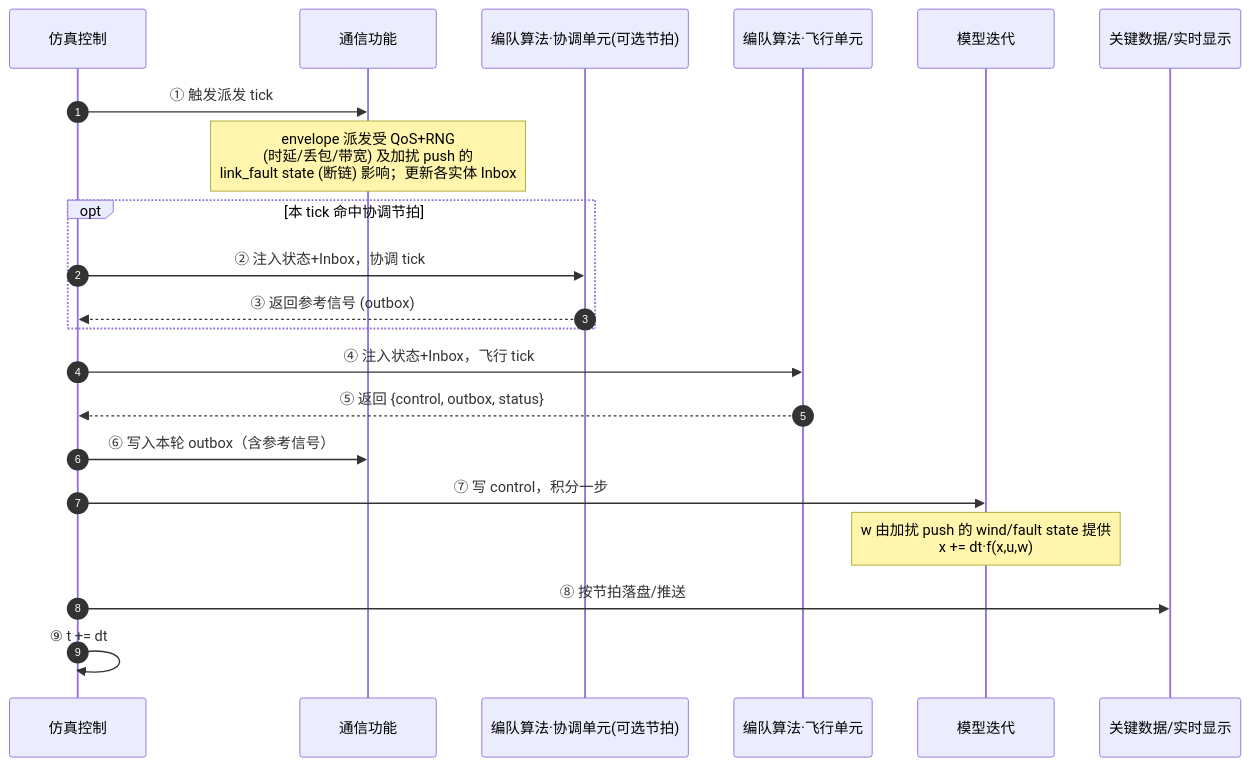
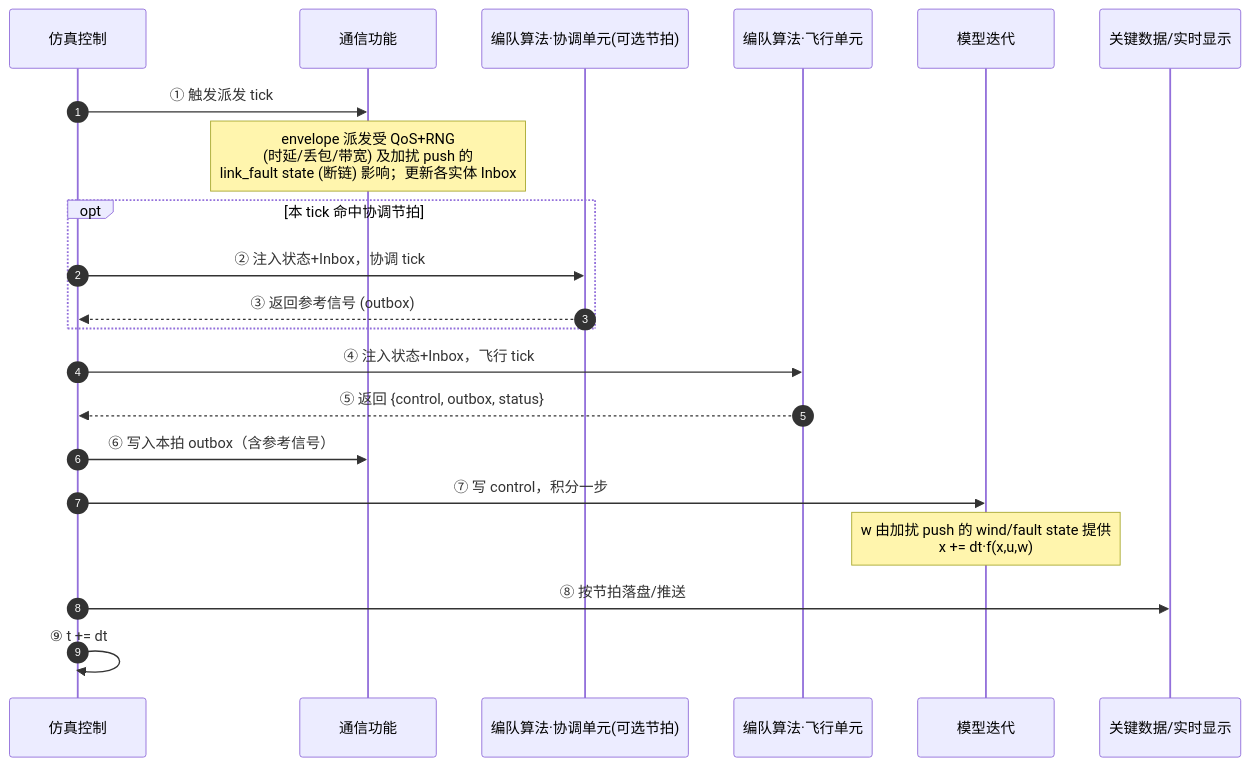
The third of 3 diagrams in docs/0-架构HLD.md (tanqingkuang/-), drawn with Mermaid before and after one commit. The commit also changed other lines of this file and 13 other files, not shown here.

````diff
--- a/docs/0-架构HLD.md
+++ b/docs/0-架构HLD.md
@@ -267,28 +268,28 @@
 ```mermaid
 sequenceDiagram
     autonumber
     participant SimCtrl as 仿真控制
     participant Comm as 通信功能
     participant Coord as 编队算法·协调单元(可选节拍)
     participant Agent as 编队算法·飞行单元
     participant Model as 模型迭代
     participant Egress as 关键数据/实时显示
 
     SimCtrl->>Comm: ① 触发派发 tick
     Note over Comm: envelope 派发受 QoS+RNG<br/>(时延/丢包/带宽) 及加扰 push 的<br/>link_fault state (断链) 影响；更新各实体 Inbox
 
     opt 本 tick 命中协调节拍
         SimCtrl->>Coord: ② 注入状态+Inbox，协调 tick
         Coord-->>SimCtrl: ③ 返回参考信号 (outbox)
     end
 
     SimCtrl->>Agent: ④ 注入状态+Inbox，飞行 tick
     Agent-->>SimCtrl: ⑤ 返回 {control, outbox, status}
 
-    SimCtrl->>Comm: ⑥ 写入本轮 outbox（含参考信号）
+    SimCtrl->>Comm: ⑥ 写入本拍 outbox（含参考信号）
     SimCtrl->>Model: ⑦ 写 control，积分一步
     Note over Model: w 由加扰 push 的 wind/fault state 提供<br/>x += dt·f(x,u,w)
 
     SimCtrl->>Egress: ⑧ 按节拍落盘/推送
     SimCtrl->>SimCtrl: ⑨ t += dt
 ```
````
